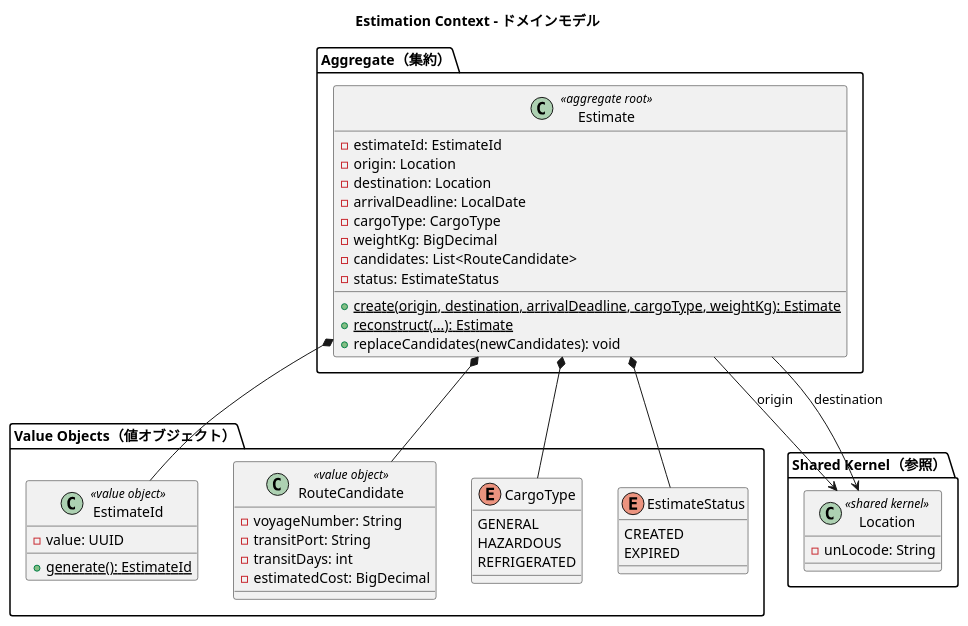
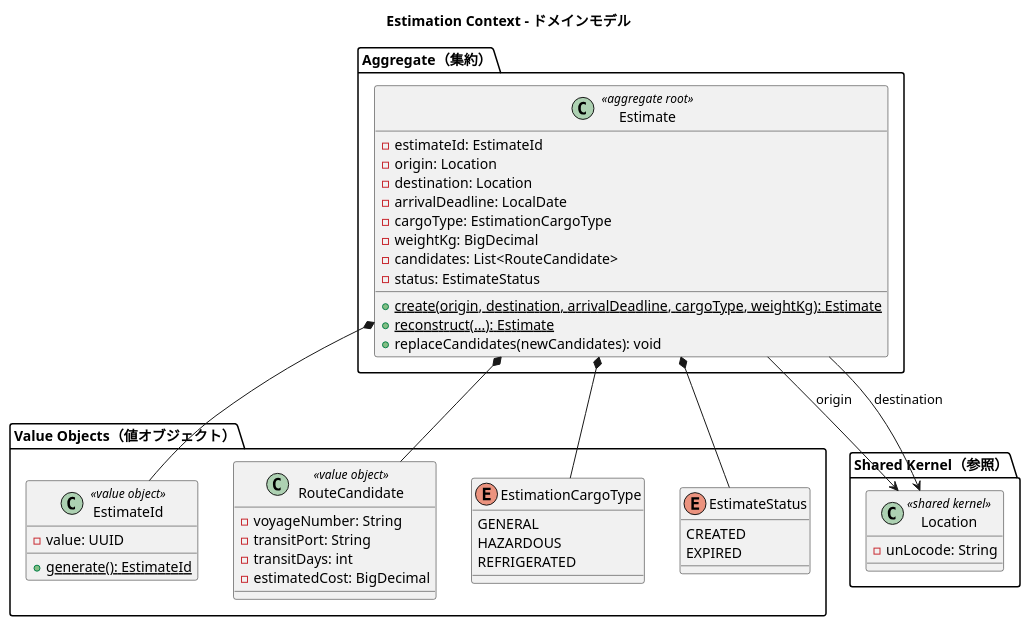
Before and after one commit to k2works/case-study-cargo-tracker: the ninth of 11 diagrams in docs/design/domain-model.md, drawn with PlantUML. The commit also changed other lines of this file and 3 other files, not shown here.

````diff
--- a/docs/design/domain-model.md
+++ b/docs/design/domain-model.md
@@ -1213,57 +1214,57 @@
 ```plantuml
 @startuml
 title Estimation Context - ドメインモデル
 
 package "Aggregate（集約）" {
   class Estimate <<aggregate root>> {
     -estimateId: EstimateId
     -origin: Location
     -destination: Location
     -arrivalDeadline: LocalDate
-    -cargoType: CargoType
+    -cargoType: EstimationCargoType
     -weightKg: BigDecimal
     -candidates: List<RouteCandidate>
     -status: EstimateStatus
     +{static} create(origin, destination, arrivalDeadline, cargoType, weightKg): Estimate
     +{static} reconstruct(...): Estimate
     +replaceCandidates(newCandidates): void
   }
 }
 
 package "Value Objects（値オブジェクト）" {
   class EstimateId <<value object>> {
     -value: UUID
     +{static} generate(): EstimateId
   }
   class RouteCandidate <<value object>> {
     -voyageNumber: String
     -transitPort: String
     -transitDays: int
     -estimatedCost: BigDecimal
   }
-  enum CargoType {
+  enum EstimationCargoType {
     GENERAL
     HAZARDOUS
     REFRIGERATED
   }
   enum EstimateStatus {
     CREATED
     EXPIRED
   }
 }
 
 package "Shared Kernel（参照）" {
   class Location <<shared kernel>> {
     -unLocode: String
   }
 }
 
 Estimate *-- EstimateId
-Estimate *-- CargoType
+Estimate *-- EstimationCargoType
 Estimate *-- EstimateStatus
 Estimate *-- RouteCandidate
 Estimate --> Location : origin
 Estimate --> Location : destination
 
 @enduml
 ```
````
